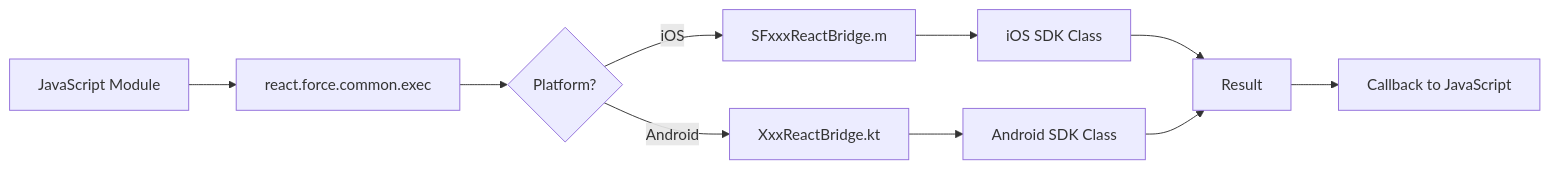
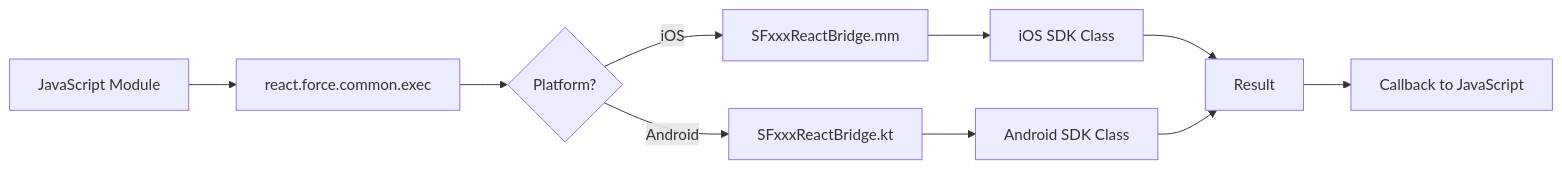
The second of 8 diagrams in docs/ARCHITECTURE.md (wmathurin/SalesforceMobileSDK-ReactNative), drawn with Mermaid before and after one commit. The commit also changed other lines of this file and 1 other file, not shown here.

Commit message:
Update docs: Android bridge now in this repo, unified module names

````diff
--- a/docs/ARCHITECTURE.md
+++ b/docs/ARCHITECTURE.md
@@ -279,12 +289,12 @@
 ```mermaid
 graph LR
     A[JavaScript Module] --> B[react.force.common.exec]
     B --> C{Platform?}
-    C -->|iOS| D[SFxxxReactBridge.m]
-    C -->|Android| E[XxxReactBridge.kt]
+    C -->|iOS| D[SFxxxReactBridge.mm]
+    C -->|Android| E[SFxxxReactBridge.kt]
     D --> F[iOS SDK Class]
     E --> G[Android SDK Class]
     F --> H[Result]
     G --> H
     H --> I[Callback to JavaScript]
 ```
````
